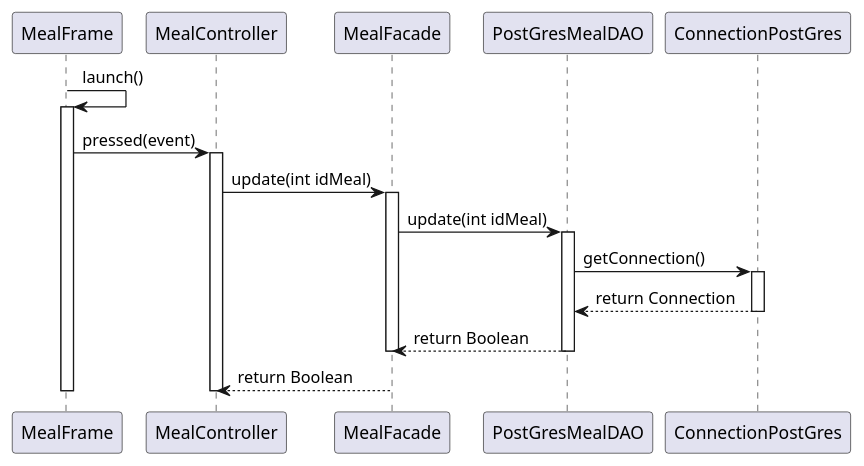
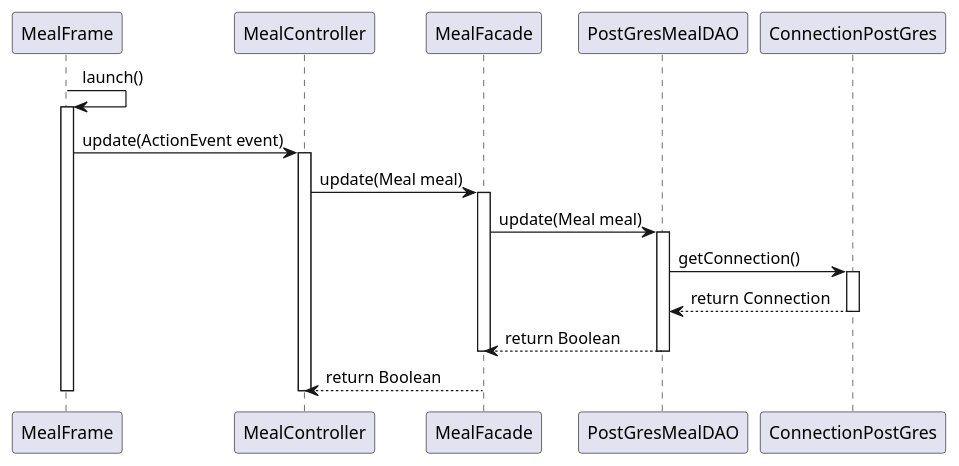
One commit to thmsfnr/Simplify changed the diagram in diagrammes/Meal/meal-update.plantuml. Above: the diagram before and after it, drawn with PlantUML. The commit also changed 11 other files, not shown here.

Commit message:
correction diagramme classe et sequence meal

```diff
--- a/diagrammes/Meal/meal-update.plantuml
+++ b/diagrammes/Meal/meal-update.plantuml
@@ -1,27 +1,27 @@
 @startuml
 MealFrame -> MealFrame : launch()
 activate MealFrame
 
-MealFrame -> MealController: pressed(event)
+MealFrame -> MealController: update(ActionEvent event)
 activate MealController
 
-MealController -> MealFacade: update(int idMeal)
+MealController -> MealFacade: update(Meal meal)
 activate MealFacade
 
-MealFacade -> PostGresMealDAO : update(int idMeal)
+MealFacade -> PostGresMealDAO : update(Meal meal)
 activate PostGresMealDAO
 
 PostGresMealDAO -> ConnectionPostGres : getConnection()
 activate ConnectionPostGres
 ConnectionPostGres --> PostGresMealDAO : return Connection
 deactivate ConnectionPostGres
 PostGresMealDAO --> MealFacade : return Boolean
 deactivate PostGresMealDAO
 deactivate MealFacade
 
 MealFacade --> MealController : return Boolean
 deactivate MealController
 deactivate MealFrame
 
 
 @enduml
```
